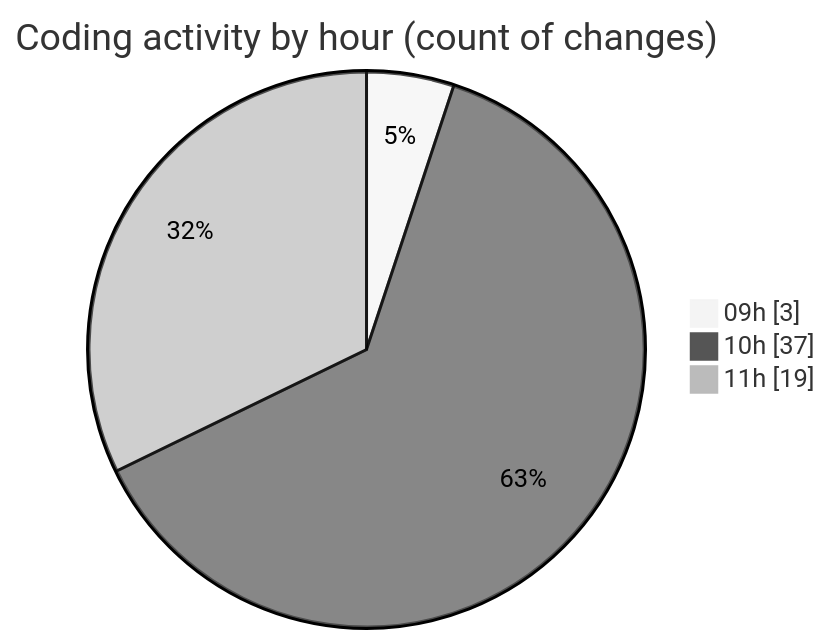
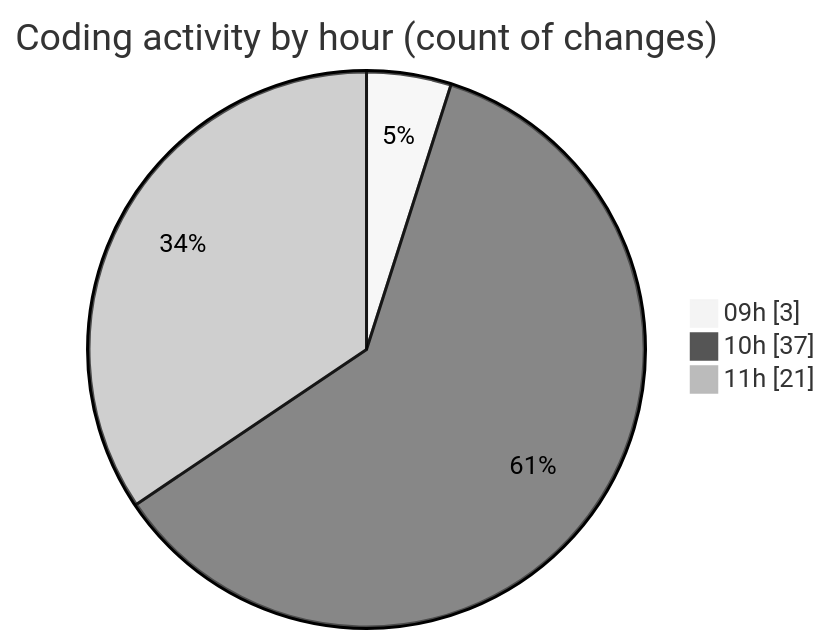
One commit to CELIANVF/code-tracking changed the second of 2 diagrams in 2025-05-02/ecodeli/README.md. Above: the diagram before and after it, drawn with Mermaid (neutral theme). The commit also changed other lines of this file and 1 other file, not shown here.

````diff
--- a/2025-05-02/ecodeli/README.md
+++ b/2025-05-02/ecodeli/README.md
@@ -56,7 +57,7 @@
 ```mermaid
 pie showData
 title Coding activity by hour (count of changes)
 "09h" : 3
 "10h" : 37
-"11h" : 19
+"11h" : 21
 ```
````
